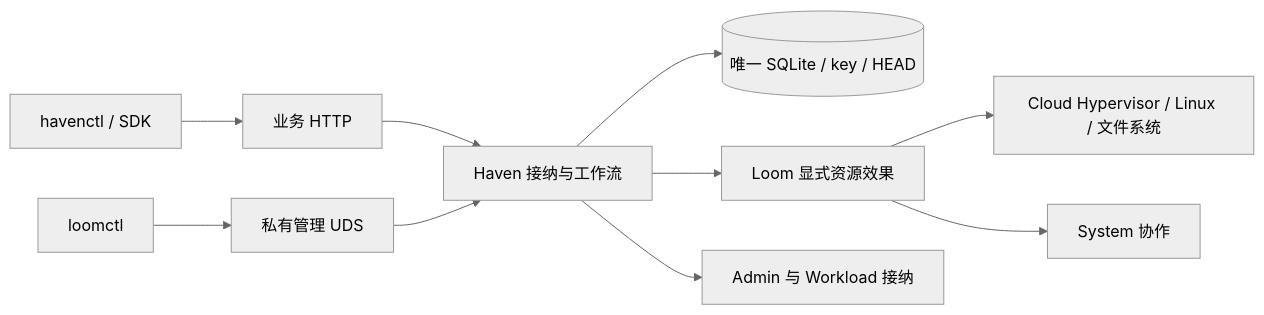
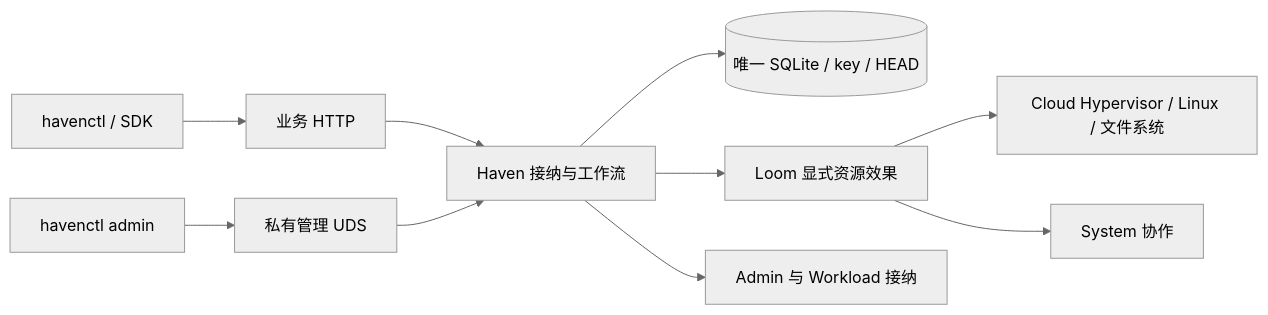
The first of 3 diagrams in docs/architecture.md (woxQAQ/sandbox-101), drawn with Mermaid (neutral theme) before and after one commit. The commit also changed other lines of this file and 22 other files, not shown here.

Commit message:
refactor(havenctl): move loomctl commands under havenctl admin

````diff
--- a/docs/architecture.md
+++ b/docs/architecture.md
@@ -5,12 +5,12 @@
 ```mermaid
 flowchart LR
     C[havenctl / SDK] --> B[业务 HTTP]
-    M[loomctl] --> U[私有管理 UDS]
+    M[havenctl admin] --> U[私有管理 UDS]
     B --> H[Haven 接纳与工作流]
     U --> H
     H --> D[(唯一 SQLite / key / HEAD)]
     H --> L[Loom 显式资源效果]
     L --> V[Cloud Hypervisor / Linux / 文件系统]
     H --> A[Admin 与 Workload 接纳]
     L --> S[System 协作]
 ```
````
